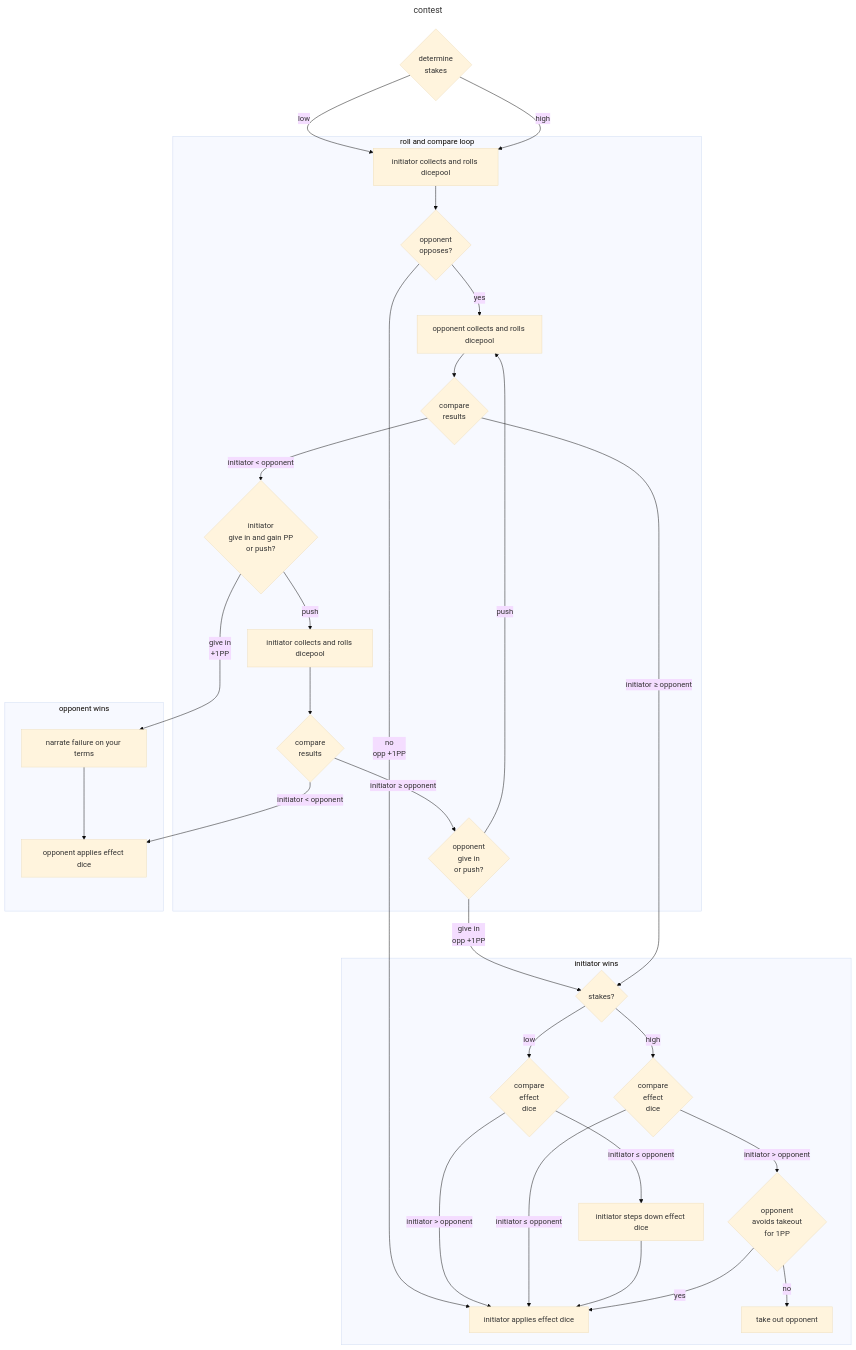
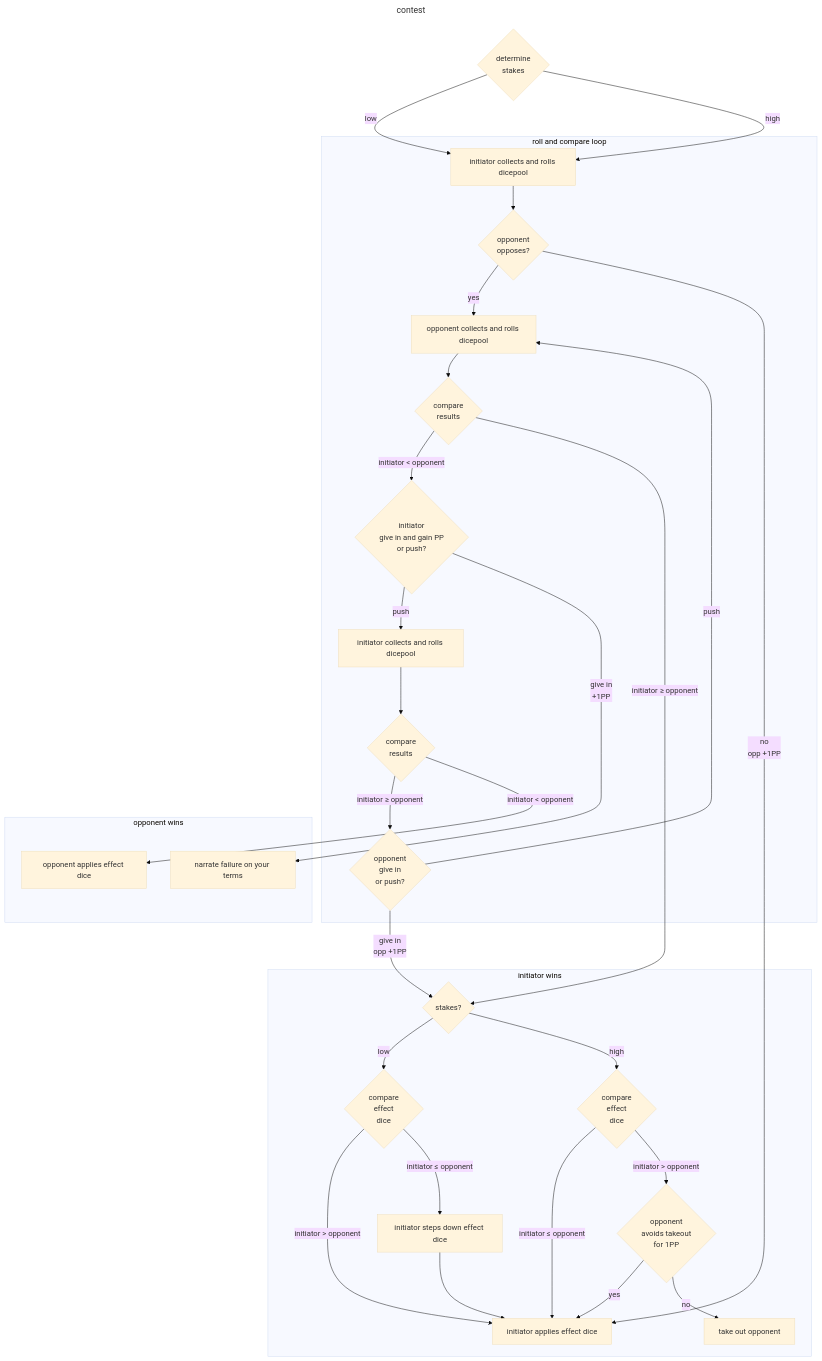
The second of 2 diagrams in docs/Archive/Cortex Flowcharts.md (Davografie/transversal), drawn with Mermaid (base theme) before and after one commit.

Commit message:
user edits

````diff
--- a/docs/Archive/Cortex Flowcharts.md
+++ b/docs/Archive/Cortex Flowcharts.md
@@ -25,76 +25,76 @@
 ```mermaid
 ---
 title: contest
 ---
 flowchart TB
 
 	high_stakes{determine
 		stakes}
 		
 	subgraph rc_loop[roll and compare loop]
 		init[initiator collects and rolls dicepool]
 		opp{opponent
 			opposes?}
 		init-->opp
 		opp_y[opponent collects and rolls dicepool]
 		opp-->|yes|opp_y
 		give_push{initiator
 			give in and gain PP
 			or push?}
 		comp_r{compare
 			results}
 		init2[initiator collects and rolls dicepool]
 		init2-->comp_r2{compare
 			results}
 		opp_give_push{opponent
 			give in
 			or push?}
 		opp_y-->comp_r
 		comp_r-->|initiator #lt; opponent|give_push
 		give_push-->|push|init2
 		comp_r2-->|initiator #ge; opponent|opp_give_push
 		opp_give_push-->|push|opp_y
 	end
 	
 	high_stakes-->|low|init
 	high_stakes-->|high|init
 	opp-->|no
 		opp +1PP|init_a_e
 	opp_give_push-->|give in
 		opp +1PP|stakes
 	comp_r-->|initiator #ge; opponent|stakes
 	comp_r2-->|initiator #lt; opponent|opp_a_e
 	give_push-->|give in
 		+1PP|init_fail
 	
 	subgraph init_w[initiator wins]
 		stakes{stakes?}
 		ls_comp_e{compare
 			effect
 			dice}
 		hs_comp_e{compare
 			effect
 			dice}
 		stakes-->|low|ls_comp_e
 		stakes-->|high|hs_comp_e
 		avoid_to{opponent
 				avoids takeout
 				for 1PP}
 		opp_to[take out opponent]
 		step_d[initiator steps down effect dice]
 		init_a_e[initiator applies effect dice]
 		ls_comp_e-->|initiator #gt; opponent|init_a_e
 		ls_comp_e-->|initiator #le; opponent|step_d
 		hs_comp_e-->|initiator #le; opponent|init_a_e
 		hs_comp_e-->|initiator #gt; opponent|avoid_to
 		step_d-->init_a_e
 		avoid_to-->|yes|init_a_e
 		avoid_to-->|no|opp_to
 	end
 	
 	subgraph opp_w[opponent wins]
 		init_fail[narrate failure on your terms]
 		opp_a_e[opponent applies effect dice]
-		init_fail-->opp_a_e
+		%%init_fail-->opp_a_e
 	end
 ```
````
